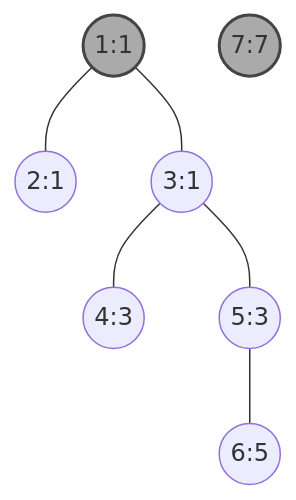
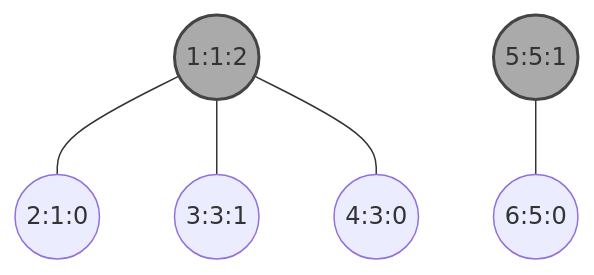
One commit to berryjune07/berryjune07.github.io changed the second of 3 diagrams in _posts/computer science/algorithm/2025-07-20-disjoint-set-forest.md. Above: the diagram before and after it, drawn with Mermaid. The commit also changed other lines of this file and 189 other files, not shown here.

````diff
--- a/_posts/computer science/algorithm/2025-07-20-disjoint-set-forest.md
+++ b/_posts/computer science/algorithm/2025-07-20-disjoint-set-forest.md
@@ -57,8 +51,7 @@
 ```mermaid
 graph TD
-    A((1:1)):::root;B((2:1));C((3:1));
-    D((4:3));E((5:3));F((6:5));G((7:7)):::root;
-    A---B; A---C---D; E---F; C---E;
-
+    A((1:1:2)):::root; B((2:1:0)); C((3:3:1));
+    D((4:3:0)); E((5:5:1)):::root; F((6:5:0));
+    A---B & C & D; E---F;
     classDef root fill:#aaa,stroke:#444,stroke-width:2px;
 ```
````
